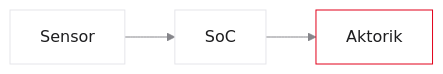
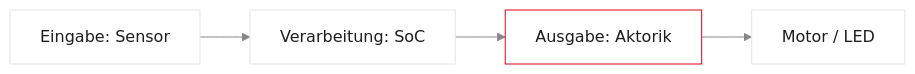
Before and after one commit to dantschi/mct3: the second of 7 diagrams in vorlesungen/04_aktorik_sicherheit.qmd, drawn with Mermaid. The commit also changed other lines of this file and 2 other files, not shown here.

````diff
--- a/vorlesungen/04_aktorik_sicherheit.qmd
+++ b/vorlesungen/04_aktorik_sicherheit.qmd
@@ -71,8 +77,9 @@
 ```{mermaid}
-%%| fig-width: 3.6
+%%| fig-width: 4.0
 %%{init: {'theme': 'base', 'themeVariables': {'background': '#FFFFFF', 'primaryColor': '#FFFFFF', 'primaryBorderColor': '#E5E5EA', 'primaryTextColor': '#1D1D1F', 'lineColor': '#86868B', 'secondaryColor': '#F5F5F7', 'tertiaryColor': '#FFFFFF', 'mainBkg': '#FFFFFF', 'nodeBorder': '#E5E5EA', 'clusterBkg': '#F5F5F7', 'clusterBorder': '#E5E5EA', 'titleColor': '#1D1D1F', 'edgeLabelBackground': '#FFFFFF'}}}%%
 flowchart LR
-  E[Sensor] --> V[SoC]
-  V --> A[Aktorik]
+  E[Eingabe: Sensor] --> V[Verarbeitung: SoC]
+  V --> A[Ausgabe: Aktorik]
+  A --> M[Motor / LED]
   style A fill:#FFFFFF,stroke:#E2001A,stroke-width:2px !important
 ```
````
